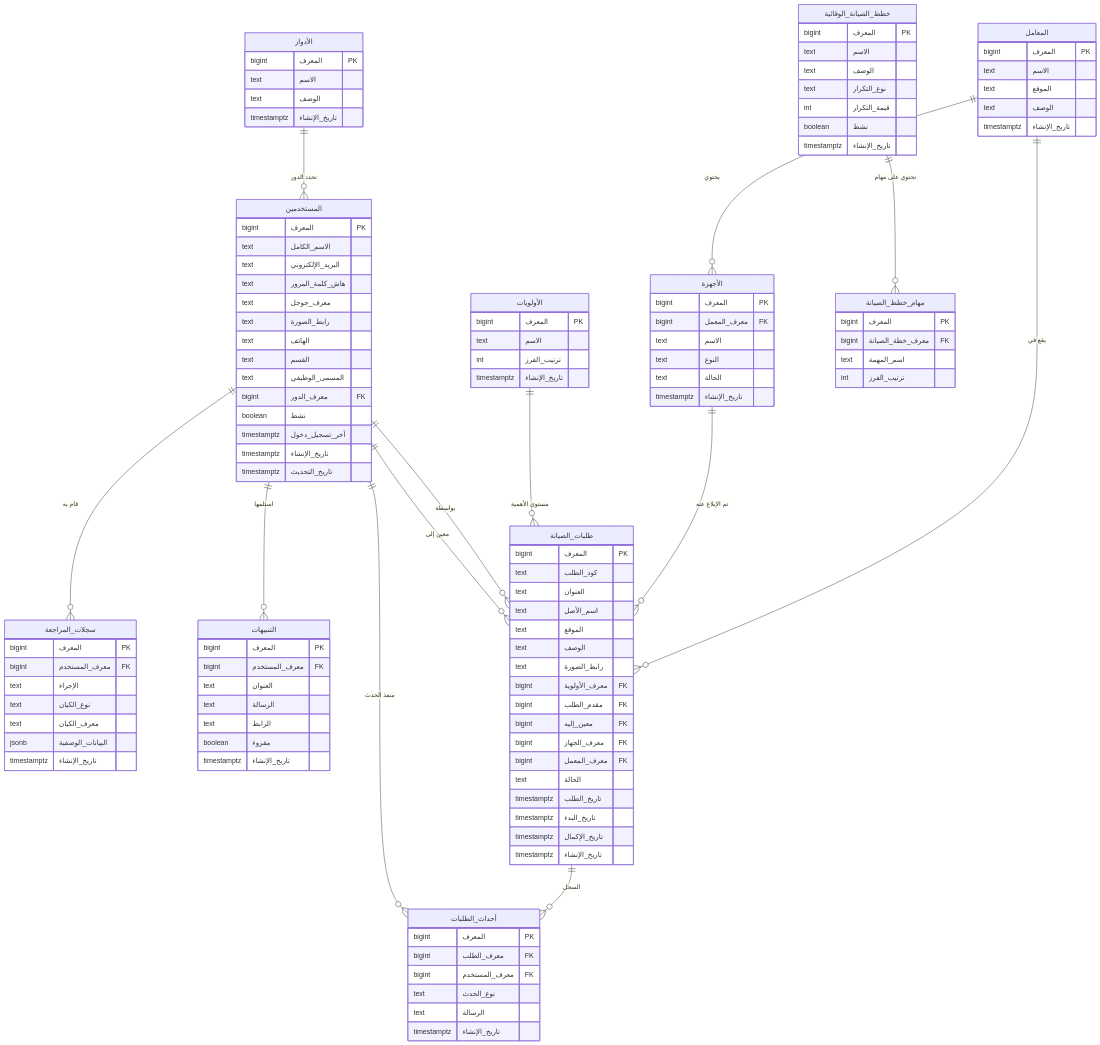
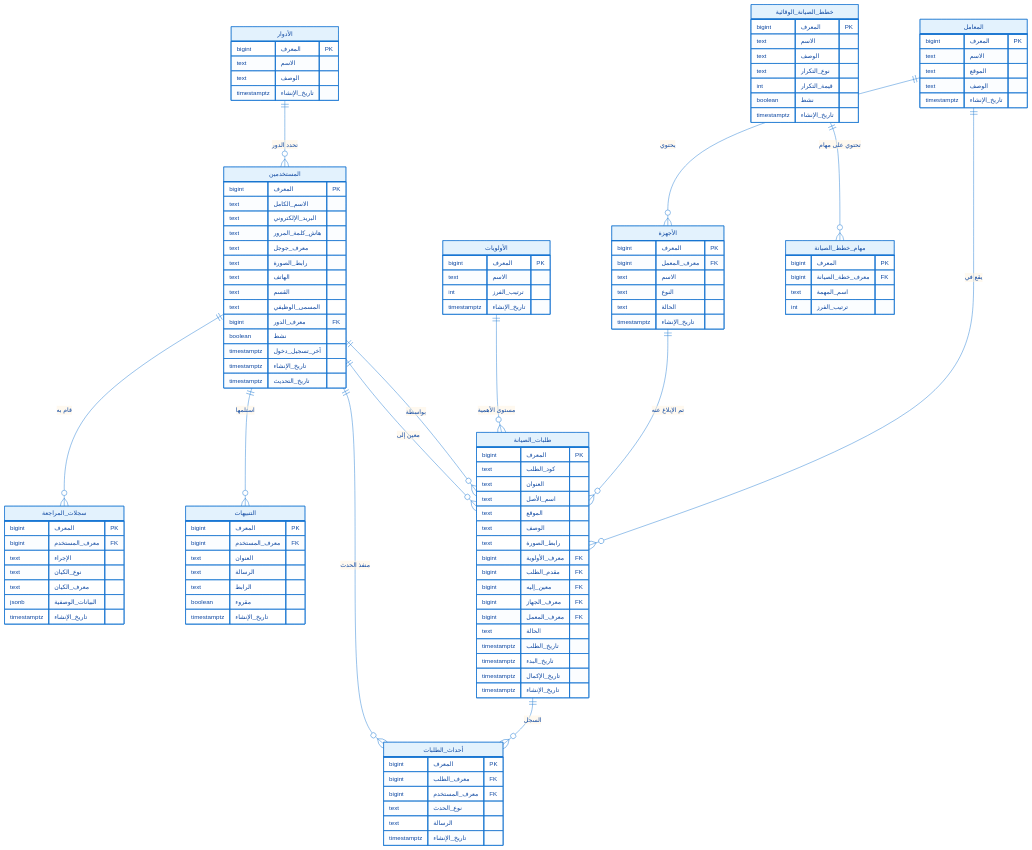
Before and after one commit to amr513538-maker/CMMS_app: the diagram in CMMS_Backend/docs/erd.md, drawn with Mermaid.

````diff
--- a/CMMS_Backend/docs/erd.md
+++ b/CMMS_Backend/docs/erd.md
@@ -3,16 +3,41 @@
 ```mermaid
+%%{init: {
+  'theme': 'base',
+  'themeVariables': {
+    'primaryColor': '#e3f2fd',
+    'primaryBorderColor': '#1976d2',
+    'primaryTextColor': '#0d47a1',
+    'lineColor': '#1976d2',
+    'secondaryColor': '#f1f8e9',
+    'tertiaryColor': '#fff3e0',
+    'fontSize': '14px',
+    'fontFamily': 'Segoe UI, Tahoma, Geneva, Verdana, sans-serif'
+  },
+  'er': {
+    'layoutDirection': 'TB',
+    'minEntityWidth': 160,
+    'entityPadding': 10
+  }
+}}%%
 erDiagram
+    %% العلاقات الأساسية
     الأدوار ||--o{ المستخدمين : "تحدد الدور"
     المستخدمين ||--o{ سجلات_المراجعة : "قام به"
     المستخدمين ||--o{ التنبيهات : "استلمها"
+    
+    %% علاقات الأصول والمعامل
     المعامل ||--o{ الأجهزة : "يحتوي"
     المعامل ||--o{ طلبات_الصيانة : "يقع في"
     الأجهزة ||--o{ طلبات_الصيانة : "تم الإبلاغ عنه"
+    
+    %% علاقات الطلبات
     الأولويات ||--o{ طلبات_الصيانة : "مستوى الأهمية"
     المستخدمين ||--o{ طلبات_الصيانة : "بواسطة"
     المستخدمين ||--o{ طلبات_الصيانة : "معين إلى"
     طلبات_الصيانة ||--o{ أحداث_الطلبات : "السجل"
     المستخدمين ||--o{ أحداث_الطلبات : "منفذ الحدث"
+    
+    %% علاقات الصيانة الوقائية
     خطط_الصيانة_الوقائية ||--o{ مهام_خطط_الصيانة : "تحتوي على مهام"
 
     الأدوار {
````
